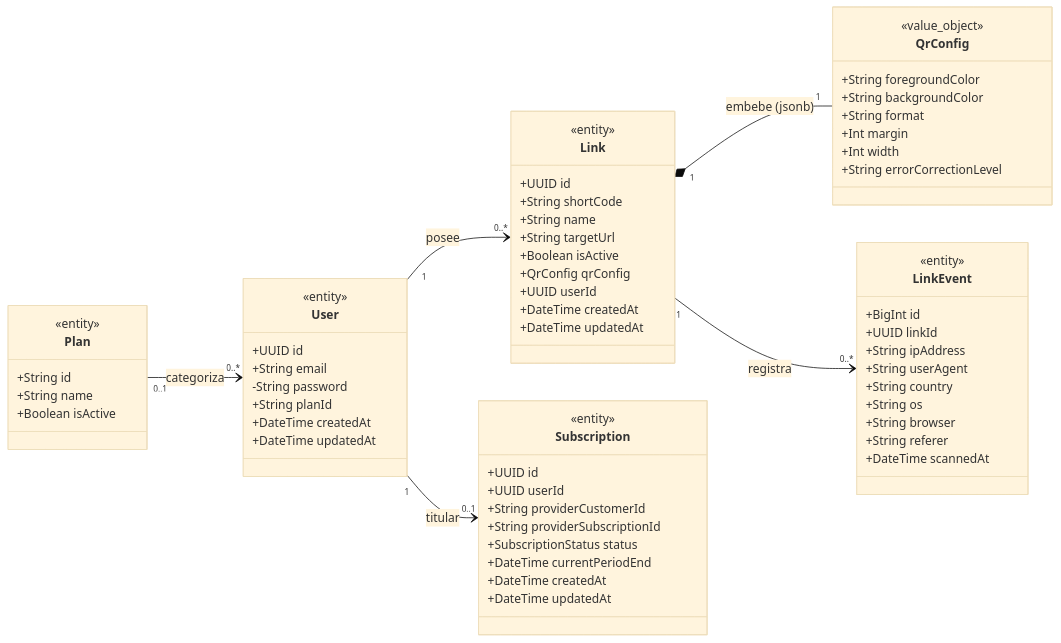
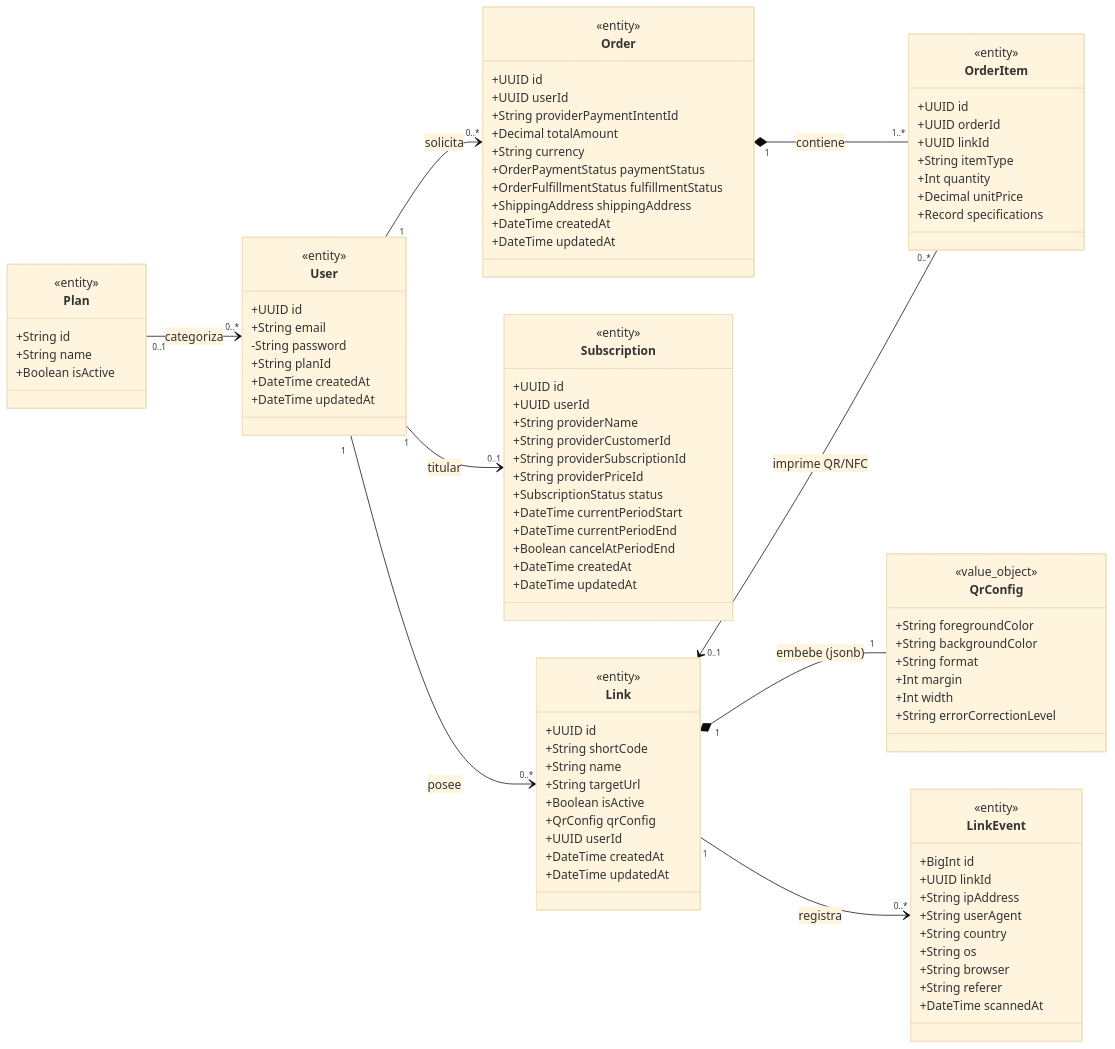
One commit to kevinPoncema/shorte-link changed the first of 2 diagrams in docs/database.md. Above: the diagram before and after it, drawn with Mermaid (base theme). The commit also changed other lines of this file and 5 other files, not shown here.

````diff
--- a/docs/database.md
+++ b/docs/database.md
@@ -67,17 +67,49 @@
     <<entity>>
     +UUID id
     +UUID userId
+    +String providerName
     +String providerCustomerId
     +String providerSubscriptionId
+    +String providerPriceId
     +SubscriptionStatus status
+    +DateTime currentPeriodStart
     +DateTime currentPeriodEnd
+    +Boolean cancelAtPeriodEnd
     +DateTime createdAt
     +DateTime updatedAt
+  }
+
+  class Order {
+    <<entity>>
+    +UUID id
+    +UUID userId
+    +String providerPaymentIntentId
+    +Decimal totalAmount
+    +String currency
+    +OrderPaymentStatus paymentStatus
+    +OrderFulfillmentStatus fulfillmentStatus
+    +ShippingAddress shippingAddress
+    +DateTime createdAt
+    +DateTime updatedAt
+  }
+
+  class OrderItem {
+    <<entity>>
+    +UUID id
+    +UUID orderId
+    +UUID linkId
+    +String itemType
+    +Int quantity
+    +Decimal unitPrice
+    +Record specifications
   }
 
   Plan "0..1" --> "0..*" User : categoriza
   User "1" --> "0..*" Link : posee
   User "1" --> "0..1" Subscription : titular
+  User "1" --> "0..*" Order : solicita
+  Order "1" *-- "1..*" OrderItem : contiene
+  Link "0..1" <-- "0..*" OrderItem : imprime QR/NFC
   Link "1" *-- "1" QrConfig : embebe (jsonb)
   Link "1" --> "0..*" LinkEvent : registra
 ```
````
